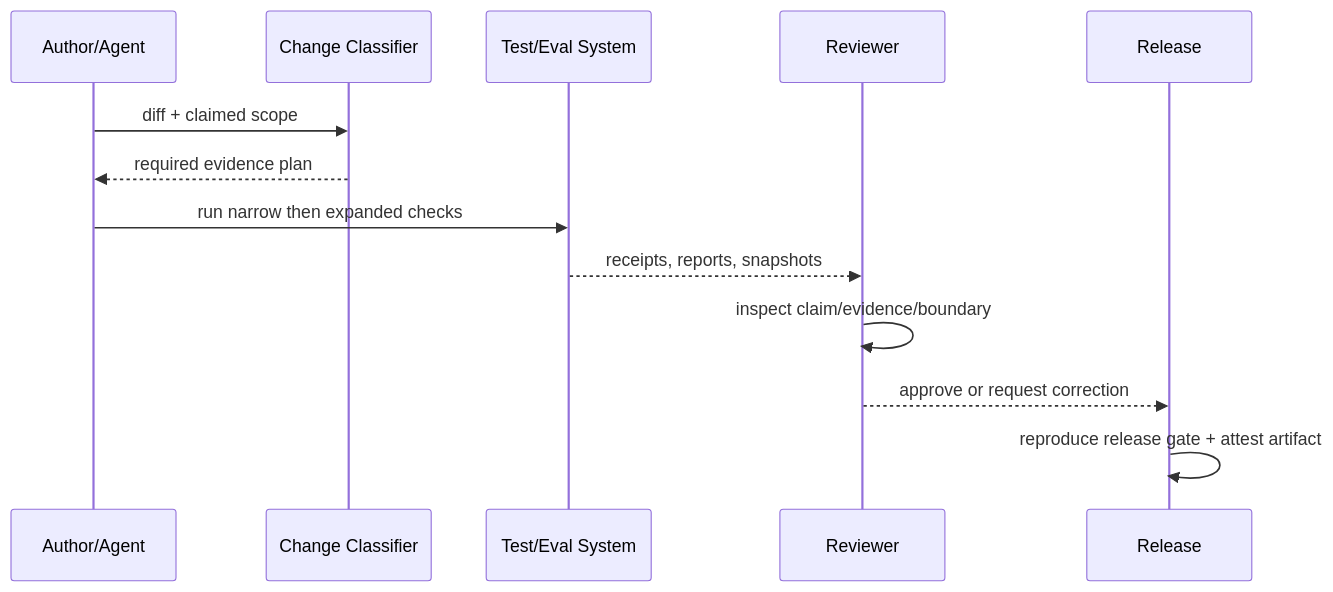
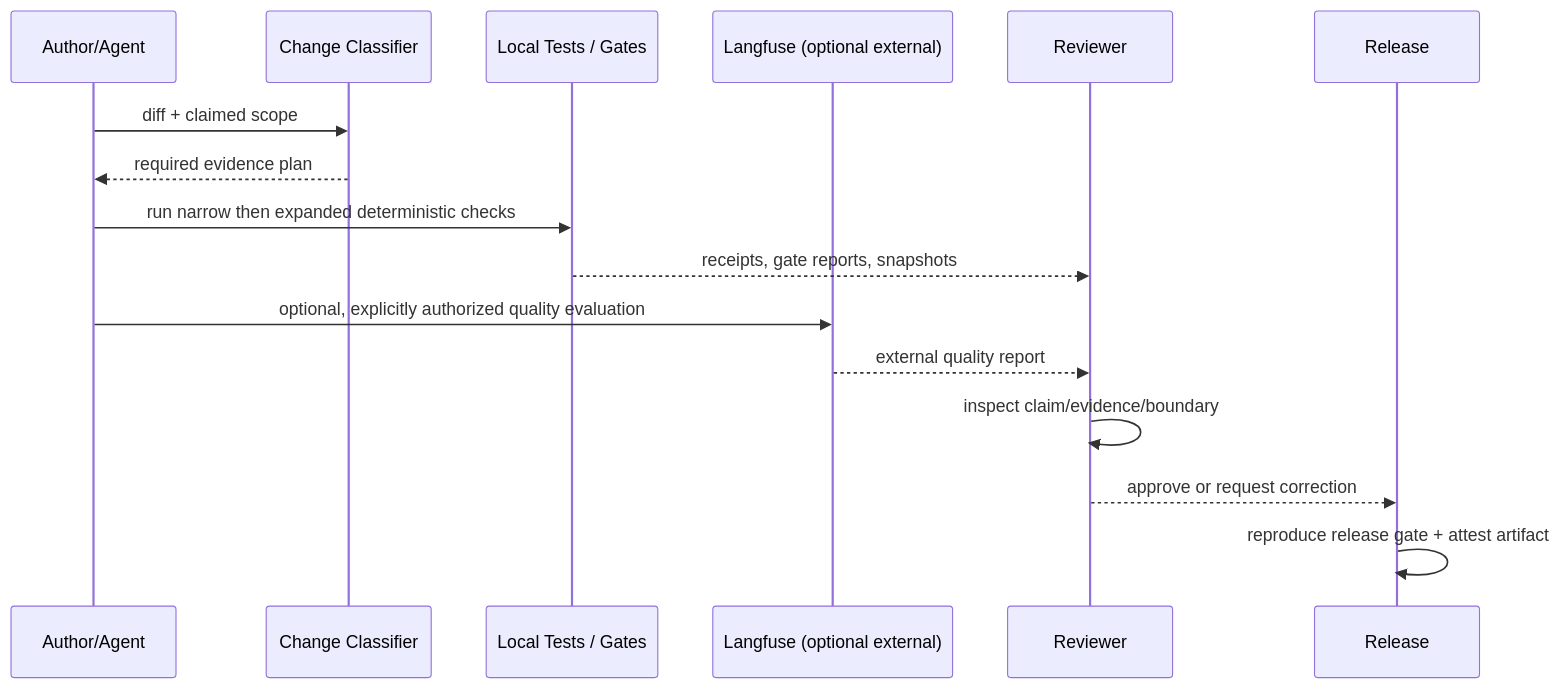
Before and after one commit to Cainheart/tracegraph-agent: the second of 2 diagrams in docs/outlive-agent-v2/02-repository-governance/03-change-gates-release.md, drawn with Mermaid. The commit also changed other lines of this file and 46 other files, not shown here.

````diff
--- a/docs/outlive-agent-v2/02-repository-governance/03-change-gates-release.md
+++ b/docs/outlive-agent-v2/02-repository-governance/03-change-gates-release.md
@@ -39,15 +39,18 @@
 ```mermaid
 sequenceDiagram
   participant A as Author/Agent
   participant G as Change Classifier
-  participant T as Test/Eval System
+  participant T as Local Tests / Gates
+  participant L as Langfuse (optional external)
   participant R as Reviewer
   participant P as Release
   A->>G: diff + claimed scope
   G-->>A: required evidence plan
-  A->>T: run narrow then expanded checks
-  T-->>R: receipts, reports, snapshots
+  A->>T: run narrow then expanded deterministic checks
+  T-->>R: receipts, gate reports, snapshots
+  A->>L: optional, explicitly authorized quality evaluation
+  L-->>R: external quality report
   R->>R: inspect claim/evidence/boundary
   R-->>P: approve or request correction
   P->>P: reproduce release gate + attest artifact
 ```
````
